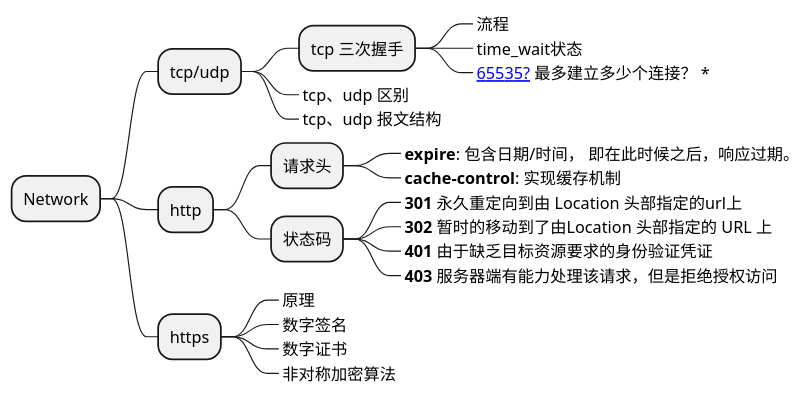
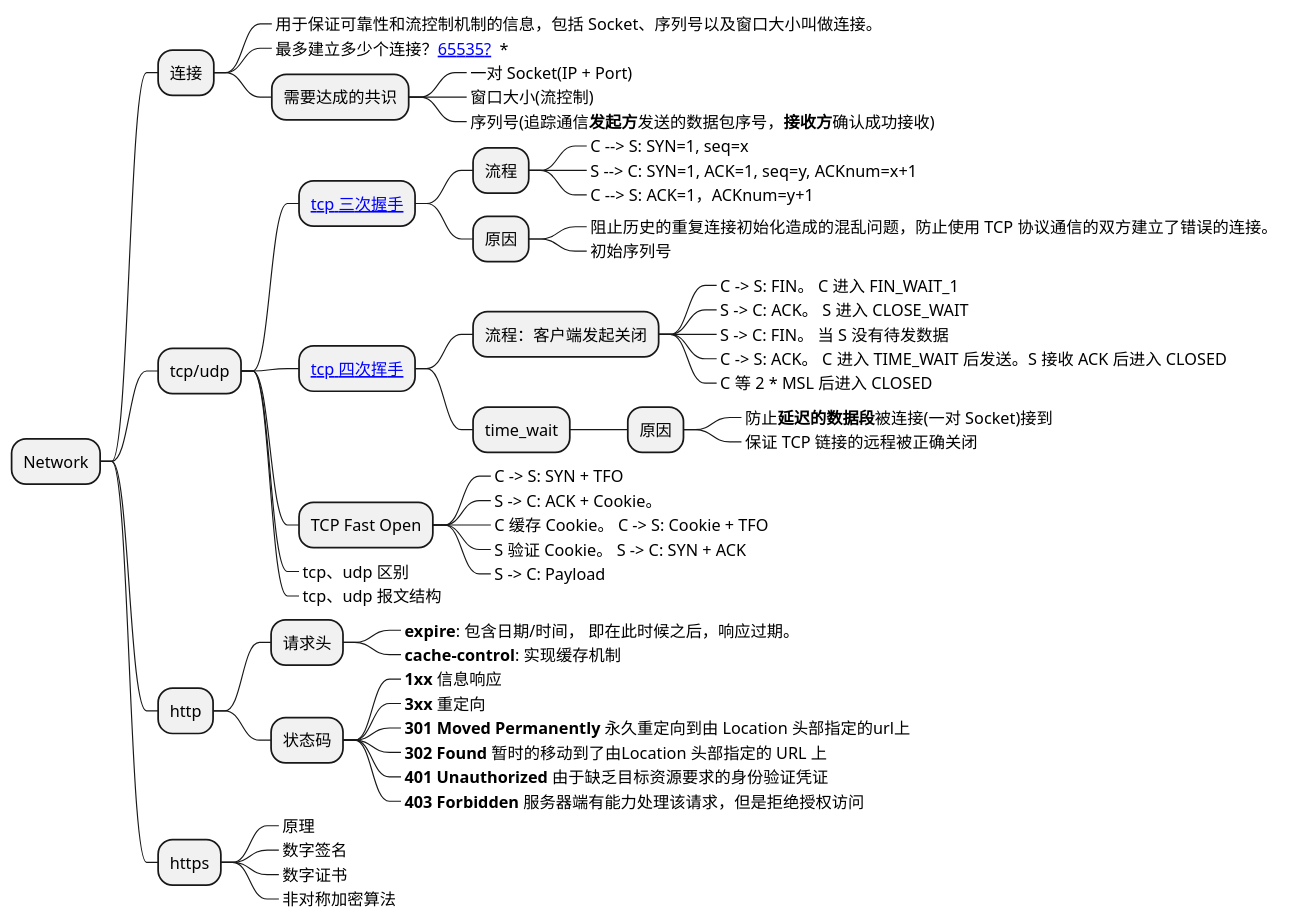
One commit to Gh0st99/Gh0st99.github.io changed the tenth of 11 diagrams in _posts/2021-05-27-查漏补缺.md. Above: the diagram before and after it, drawn with PlantUML. The commit also changed other lines of this file, not shown here.

Commit message:
查漏补缺

````diff
--- a/_posts/2021-05-27-查漏补缺.md
+++ b/_posts/2021-05-27-查漏补缺.md
@@ -878,28 +879,64 @@
 ```plantuml
 @startmindmap
 * Network
+** 连接
+***_ 用于保证可靠性和流控制机制的信息，包括 Socket、序列号以及窗口大小叫做连接。
+***_ 最多建立多少个连接？[[https://www.zhihu.com/question/361111920/answer/1199952447 65535?]]  *
+*** 需要达成的共识
+****_ 一对 Socket(IP + Port)
+****_ 窗口大小(流控制)
+****_ 序列号(追踪通信**发起方**发送的数据包序号，**接收方**确认成功接收)
+
 ** tcp/udp
-*** tcp 三次握手
-****_ 流程
-****_ time_wait状态
-****_ [[https://www.zhihu.com/question/361111920/answer/1199952447 65535?]] 最多建立多少个连接？ *
+*** [[https://draveness.me/whys-the-design-tcp-three-way-handshake/ tcp 三次握手]]
+**** 流程
+*****_ C --> S: SYN=1, seq=x
+*****_ S --> C: SYN=1, ACK=1, seq=y, ACKnum=x+1
+*****_ C --> S: ACK=1，ACKnum=y+1
+**** 原因
+*****_ 阻止历史的重复连接初始化造成的混乱问题，防止使用 TCP 协议通信的双方建立了错误的连接。
+*****_ 初始序列号
+
+*** [[https://draveness.me/whys-the-design-tcp-three-way-handshake/ tcp 四次挥手]]
+**** 流程：客户端发起关闭
+*****_ C -> S: FIN。 C 进入 FIN_WAIT_1
+*****_ S -> C: ACK。 S 进入 CLOSE_WAIT
+*****_ S -> C: FIN。 当 S 没有待发数据
+*****_ C -> S: ACK。 C 进入 TIME_WAIT 后发送。S 接收 ACK 后进入 CLOSED
+*****_ C 等 2 * MSL 后进入 CLOSED
+
+**** time_wait
+***** 原因
+******_ 防止**延迟的数据段**被连接(一对 Socket)接到
+******_ 保证 TCP 链接的远程被正确关闭
+
+*** TCP Fast Open
+****_ C -> S: SYN + TFO
+****_ S -> C: ACK + Cookie。
+****_ C 缓存 Cookie。 C -> S: Cookie + TFO
+****_ S 验证 Cookie。 S -> C: SYN + ACK
+****_ S -> C: Payload 
+
+
 ***_ tcp、udp 区别
 ***_ tcp、udp 报文结构
 
 
 ** http
 *** 请求头
 ****_ **expire**: 包含日期/时间， 即在此时候之后，响应过期。
 ****_ **cache-control**: 实现缓存机制
 *** 状态码
-****_ **301** 永久重定向到由 Location 头部指定的url上
-****_ **302** 暂时的移动到了由Location 头部指定的 URL 上
-****_ **401** 由于缺乏目标资源要求的身份验证凭证
-****_ **403** 服务器端有能力处理该请求，但是拒绝授权访问
+****_ **1xx** 信息响应
+****_ **3xx** 重定向
+****_ **301 Moved Permanently** 永久重定向到由 Location 头部指定的url上
+****_ **302 Found** 暂时的移动到了由Location 头部指定的 URL 上
+****_ **401 Unauthorized** 由于缺乏目标资源要求的身份验证凭证
+****_ **403 Forbidden** 服务器端有能力处理该请求，但是拒绝授权访问
 ** https
 ***_ 原理
 ***_ 数字签名
 ***_ 数字证书
 ***_ 非对称加密算法
 @endmindmap
 ```
````
